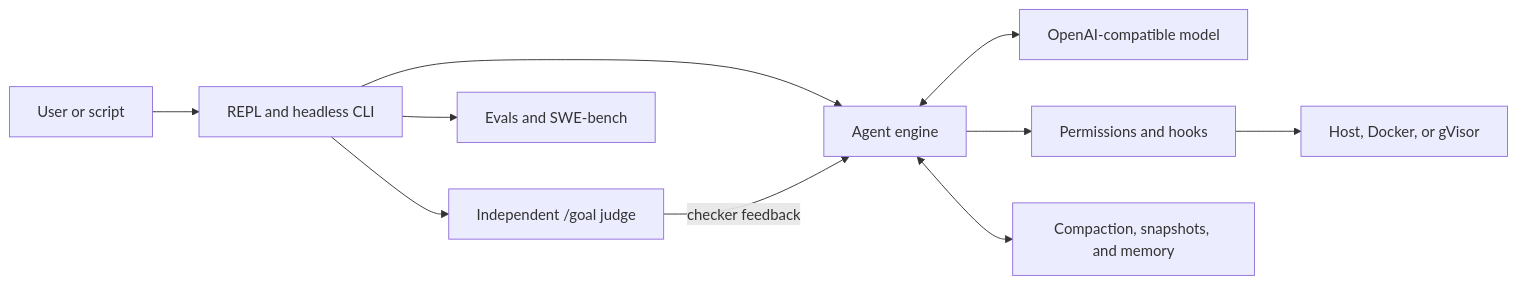
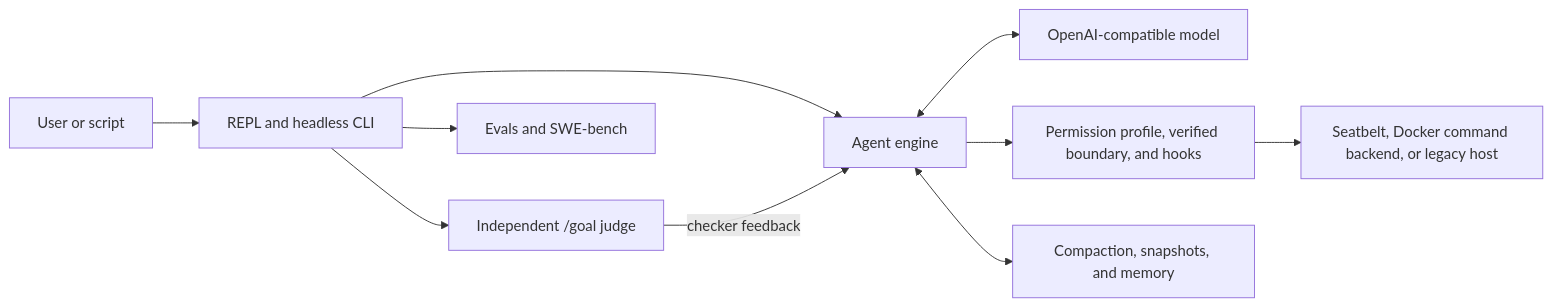
One commit to maisieyang/build-my-own-harness changed the diagram in README.md. Above: the diagram before and after it, drawn with Mermaid. The commit also changed other lines of this file and 84 other files, not shown here.

````diff
--- a/README.md
+++ b/README.md
@@ -88,12 +88,12 @@
 ```mermaid
 flowchart LR
     U["User or script"] --> C["REPL and headless CLI"]
     C --> E["Agent engine"]
     E <--> M["OpenAI-compatible model"]
-    E --> P["Permissions and hooks"]
-    P --> X["Host, Docker, or gVisor"]
+    E --> P["Permission profile, verified boundary, and hooks"]
+    P --> X["Seatbelt, Docker command backend, or legacy host"]
     E <--> S["Compaction, snapshots, and memory"]
     C --> V["Independent /goal judge"]
     V -->|"checker feedback"| E
     C --> O["Evals and SWE-bench"]
 ```
````
